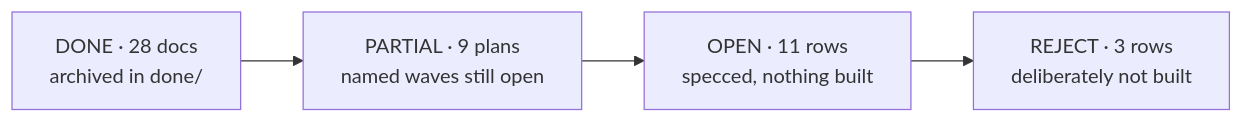
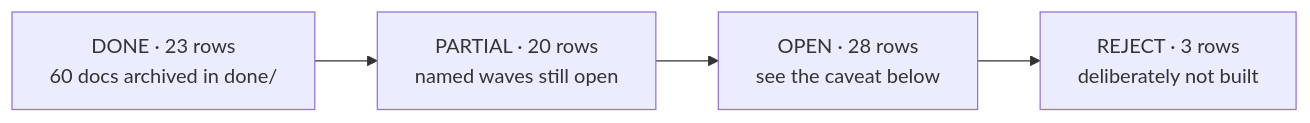
The diagram in docs/plans/README.md (VladTetyorko/computer.vision), drawn with Mermaid before and after one commit. The commit also changed other lines of this file and 1 other file, not shown here.

````diff
--- a/docs/plans/README.md
+++ b/docs/plans/README.md
@@ -16,6 +16,6 @@
 ```mermaid
 flowchart LR
-  D["DONE · 28 docs<br/>archived in done/"] --> P["PARTIAL · 9 plans<br/>named waves still open"]
-  P --> O["OPEN · 11 rows<br/>specced, nothing built"]
+  D["DONE · 23 rows<br/>60 docs archived in done/"] --> P["PARTIAL · 20 rows<br/>named waves still open"]
+  P --> O["OPEN · 28 rows<br/>see the caveat below"]
   O --> R["REJECT · 3 rows<br/>deliberately not built"]
 ```
````
